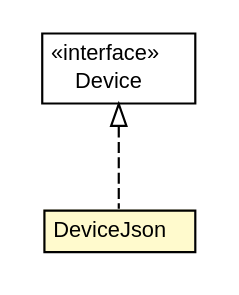
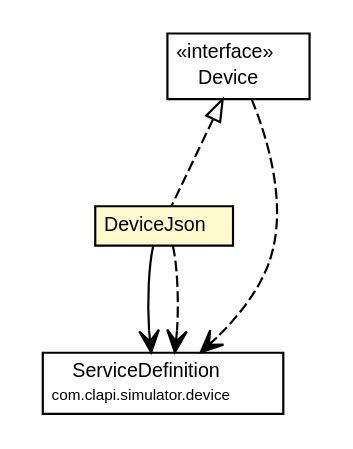
One commit to ericpinet/ConnectLife changed the diagram in javadoc/coreserver/com/connectlife/coreserver/environment/device/DeviceJson.dot. Above: the diagram before and after it, drawn with Graphviz. The commit also changed 432 other files, not shown here.

```diff
--- a/javadoc/coreserver/com/connectlife/coreserver/environment/device/DeviceJson.dot
+++ b/javadoc/coreserver/com/connectlife/coreserver/environment/device/DeviceJson.dot
@@ -1,27 +1,40 @@
 #!/usr/local/bin/dot
 #
 # Class diagram 
 # Generated by UMLGraph version 5.1 (http://www.umlgraph.org/)
 #
 
 digraph G {
 	edge [fontname="Helvetica",fontsize=10,labelfontname="Helvetica",labelfontsize=10];
 	node [fontname="Helvetica",fontsize=10,shape=plaintext];
 	nodesep=0.25;
 	ranksep=0.5;
 	// com.connectlife.coreserver.environment.device.Device
-	c1472 [label=<<table title="com.connectlife.coreserver.environment.device.Device" border="0" cellborder="1" cellspacing="0" cellpadding="2" port="p" href="./Device.html">
+	c1598 [label=<<table title="com.connectlife.coreserver.environment.device.Device" border="0" cellborder="1" cellspacing="0" cellpadding="2" port="p" href="./Device.html">
 		<tr><td><table border="0" cellspacing="0" cellpadding="1">
 <tr><td align="center" balign="center"> &#171;interface&#187; </td></tr>
 <tr><td align="center" balign="center"> Device </td></tr>
 		</table></td></tr>
-		</table>>, fontname="Helvetica", fontcolor="black", fontsize=10.0];
+		</table>>, fontname="Helvetica", fontcolor="black", fontsize=9.0];
 	// com.connectlife.coreserver.environment.device.DeviceJson
-	c1476 [label=<<table title="com.connectlife.coreserver.environment.device.DeviceJson" border="0" cellborder="1" cellspacing="0" cellpadding="2" port="p" bgcolor="lemonChiffon" href="./DeviceJson.html">
+	c1602 [label=<<table title="com.connectlife.coreserver.environment.device.DeviceJson" border="0" cellborder="1" cellspacing="0" cellpadding="2" port="p" bgcolor="lemonChiffon" href="./DeviceJson.html">
 		<tr><td><table border="0" cellspacing="0" cellpadding="1">
 <tr><td align="center" balign="center"> DeviceJson </td></tr>
 		</table></td></tr>
-		</table>>, fontname="Helvetica", fontcolor="black", fontsize=10.0];
+		</table>>, fontname="Helvetica", fontcolor="black", fontsize=9.0];
 	//com.connectlife.coreserver.environment.device.DeviceJson implements com.connectlife.coreserver.environment.device.Device
-	c1472:p -> c1476:p [dir=back,arrowtail=empty,style=dashed];
+	c1598:p -> c1602:p [dir=back,arrowtail=empty,style=dashed];
+	// com.connectlife.coreserver.environment.device.DeviceJson NAVASSOC com.clapi.simulator.device.ServiceDefinition
+	c1602:p -> c1620:p [taillabel="", label="", headlabel="", fontname="Helvetica", fontcolor="black", fontsize=10.0, color="black", arrowhead=open];
+	// com.connectlife.coreserver.environment.device.Device DEPEND com.clapi.simulator.device.ServiceDefinition
+	c1598:p -> c1620:p [taillabel="", label="", headlabel="", fontname="Helvetica", fontcolor="black", fontsize=10.0, color="black", arrowhead=open, style=dashed];
+	// com.connectlife.coreserver.environment.device.DeviceJson DEPEND com.clapi.simulator.device.ServiceDefinition
+	c1602:p -> c1620:p [taillabel="", label="", headlabel="", fontname="Helvetica", fontcolor="black", fontsize=10.0, color="black", arrowhead=open, style=dashed];
+	// com.clapi.simulator.device.ServiceDefinition
+	c1620 [label=<<table title="com.clapi.simulator.device.ServiceDefinition" border="0" cellborder="1" cellspacing="0" cellpadding="2" port="p" href="http://java.sun.com/j2se/1.4.2/docs/api/com/clapi/simulator/device/ServiceDefinition.html">
+		<tr><td><table border="0" cellspacing="0" cellpadding="1">
+<tr><td align="center" balign="center"> ServiceDefinition </td></tr>
+<tr><td align="center" balign="center"><font point-size="7.0"> com.clapi.simulator.device </font></td></tr>
+		</table></td></tr>
+		</table>>, fontname="Helvetica", fontcolor="black", fontsize=9.0];
 }
```
